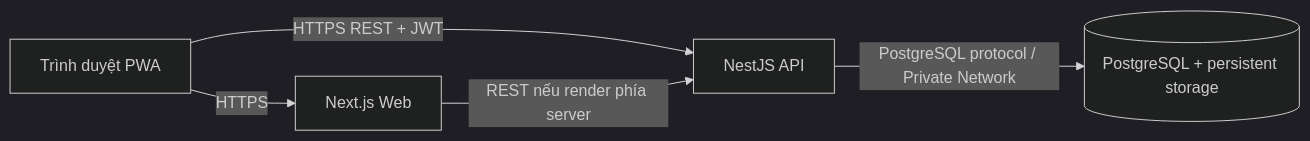
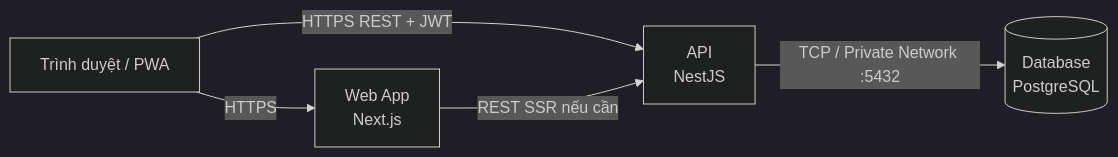
Before and after one commit to nhattranhuynhthien/BrewLite_Assignment_2: the second of 2 diagrams in docs/architecture.md, drawn with Mermaid (dark theme). The commit also changed other lines of this file and 6 other files, not shown here.

````diff
--- a/docs/architecture.md
+++ b/docs/architecture.md
@@ -41,7 +35,7 @@
 ```mermaid
 flowchart LR
-    U[Trình duyệt PWA] -->|HTTPS| W[Next.js Web]
-    U -->|HTTPS REST + JWT| A[NestJS API]
-    W -->|REST nếu render phía server| A
-    A -->|PostgreSQL protocol / Private Network| D[(PostgreSQL + persistent storage)]
+    U[Trình duyệt / PWA] -->|HTTPS| W[Web App<br/>Next.js]
+    U -->|HTTPS REST + JWT| A[API<br/>NestJS]
+    W -->|REST SSR nếu cần| A
+    A -->|TCP / Private Network :5432| D[(Database<br/>PostgreSQL)]
 ```
````
